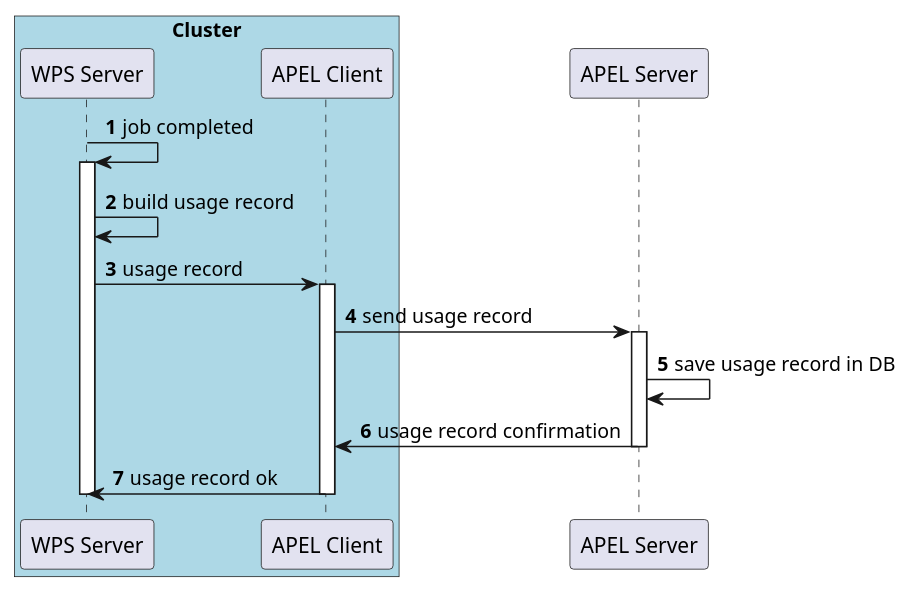
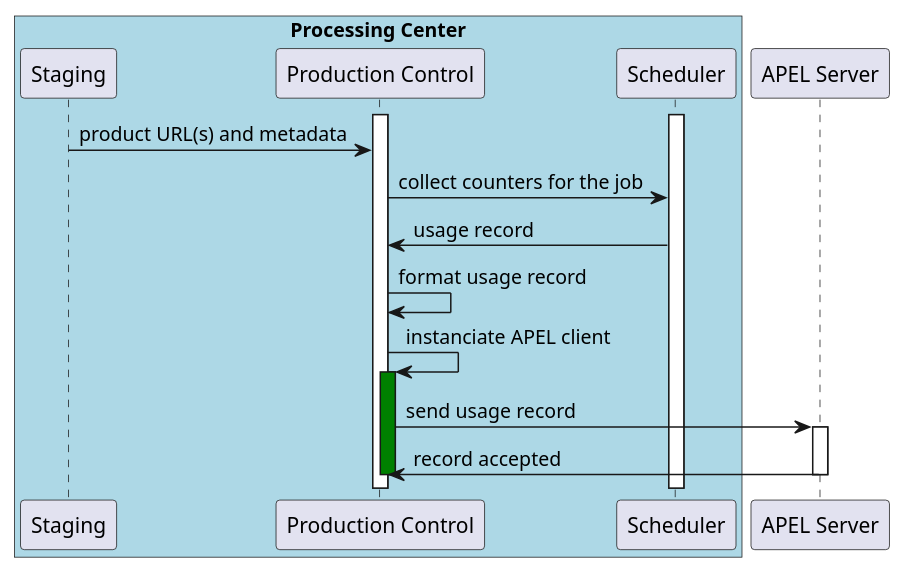
One commit to urban-tep/DDF-SDD changed the diagram in source/design/accounting.rst. Above: the diagram before and after it, drawn with PlantUML.

Commit message:
Updated the sequence diagram to show more detailed interaction between processing center and APEL server.

```diff
--- a/source/design/accounting.rst
+++ b/source/design/accounting.rst
@@ -14,25 +14,24 @@
 .. uml::
-  :caption: ICT resource provider accounting usage sequence diagram
+  :caption: Reporting of completed jobs to APEL server
   :align: center
-
-  box "Cluster" #LightBlue
-    participant "WPS Server" as WPS
-    participant "APEL Client" as AL
+  
+  box "Processing Center" #LightBlue
+	  participant "Staging"
+	  participant "Production Control" as PC
+	  participant "Scheduler"
   end box
   participant "APEL Server" as AS
   
-  autonumber
-
-  WPS -> WPS : job completed
-  activate WPS
-  WPS -> WPS : build usage record
-  WPS -> AL : usage record
-  activate AL 
-  AL -> AS : send usage record
-  activate AS 
-  AS -> AS : save usage record in DB
-  AS -> AL : usage record confirmation
+  activate PC
+  activate Scheduler
+  Staging -> PC : product URL(s) and metadata
+  PC -> Scheduler : collect counters for the job
+  Scheduler -> PC : usage record
+  PC -> PC : format usage record
+  PC -> PC : instanciate APEL client
+  activate PC #Green
+  PC -> AS : send usage record
+  activate AS
+  AS -> PC : record accepted
   deactivate AS
-  AL -> WPS : usage record ok
-  deactivate AL
-  deactivate WPS
+  deactivate PC
```
